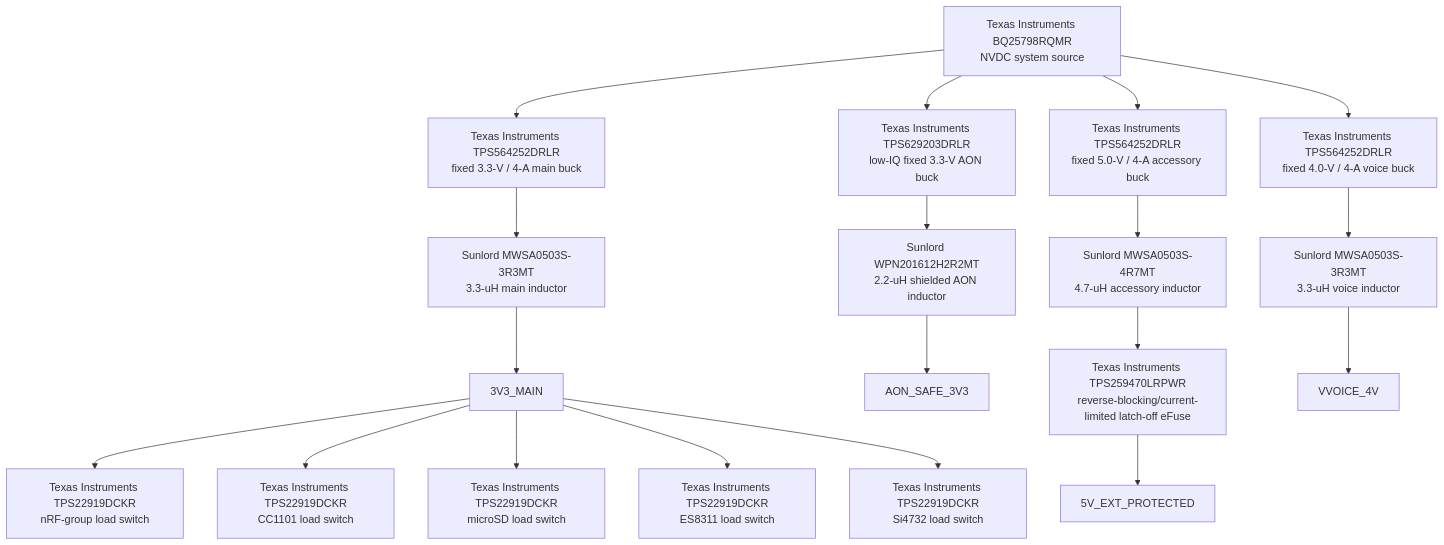
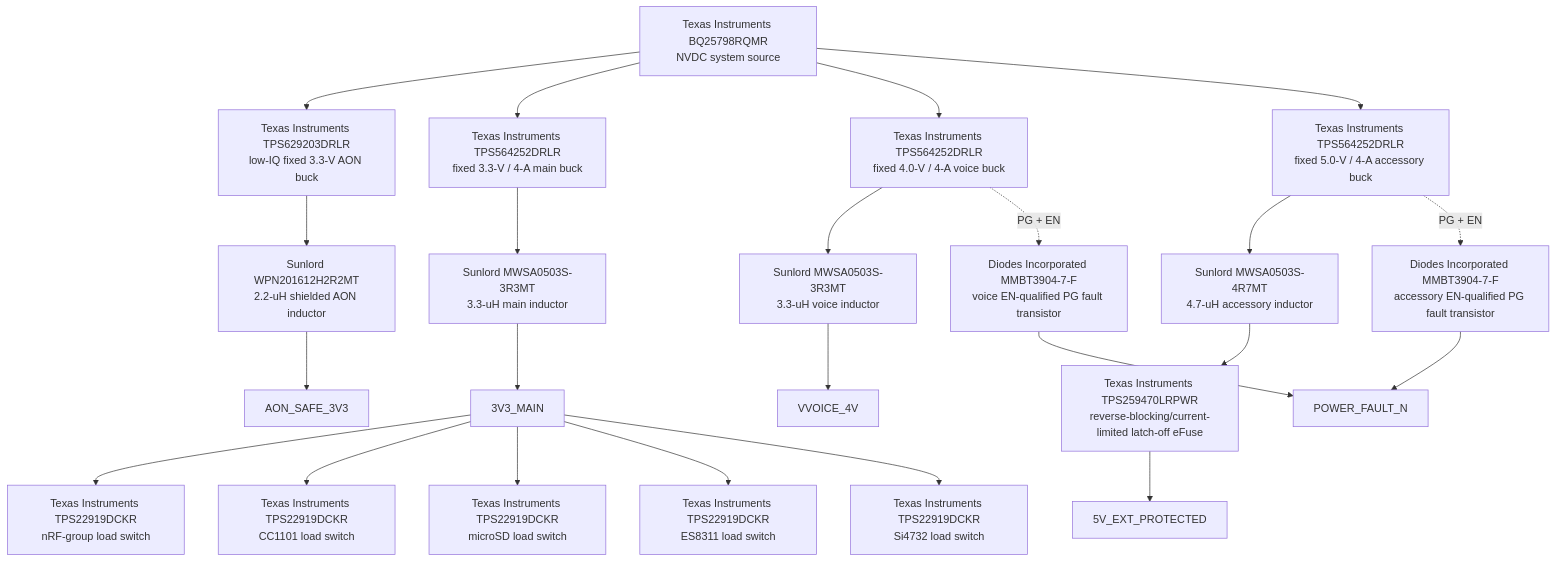
The diagram in docs/review/architecture/PWR-0008-exact-downstream-rail-tree.md (anton-vinogradov/esp32-leshy2), drawn with Mermaid before and after one commit. The commit also changed other lines of this file and 20 other files, not shown here.

````diff
--- a/docs/review/architecture/PWR-0008-exact-downstream-rail-tree.md
+++ b/docs/review/architecture/PWR-0008-exact-downstream-rail-tree.md
@@ -36,28 +37,32 @@
 ```mermaid
 flowchart TD
   SYS["Texas Instruments BQ25798RQMR<br/>NVDC system source"]
   A["Texas Instruments TPS629203DRLR<br/>low-IQ fixed 3.3-V AON buck"]
   LA["Sunlord WPN201612H2R2MT<br/>2.2-uH shielded AON inductor"]
   M["Texas Instruments TPS564252DRLR<br/>fixed 3.3-V / 4-A main buck"]
   LM["Sunlord MWSA0503S-3R3MT<br/>3.3-uH main inductor"]
   V["Texas Instruments TPS564252DRLR<br/>fixed 4.0-V / 4-A voice buck"]
   LV["Sunlord MWSA0503S-3R3MT<br/>3.3-uH voice inductor"]
+  QV["Diodes Incorporated MMBT3904-7-F<br/>voice EN-qualified PG fault transistor"]
   E["Texas Instruments TPS564252DRLR<br/>fixed 5.0-V / 4-A accessory buck"]
   LE["Sunlord MWSA0503S-4R7MT<br/>4.7-uH accessory inductor"]
+  QE["Diodes Incorporated MMBT3904-7-F<br/>accessory EN-qualified PG fault transistor"]
   F["Texas Instruments TPS259470LRPWR<br/>reverse-blocking/current-limited latch-off eFuse"]
   SN["Texas Instruments TPS22919DCKR<br/>nRF-group load switch"]
   SC["Texas Instruments TPS22919DCKR<br/>CC1101 load switch"]
   SS["Texas Instruments TPS22919DCKR<br/>microSD load switch"]
   SA["Texas Instruments TPS22919DCKR<br/>ES8311 load switch"]
   SR["Texas Instruments TPS22919DCKR<br/>Si4732 load switch"]
 
   SYS --> A --> LA --> AON["AON_SAFE_3V3"]
   SYS --> M --> LM --> MAIN["3V3_MAIN"]
   SYS --> V --> LV --> VOICE["VVOICE_4V"]
+  V -.->|"PG + EN"| QV --> FAULT["POWER_FAULT_N"]
   SYS --> E --> LE --> F --> EXT["5V_EXT_PROTECTED"]
+  E -.->|"PG + EN"| QE --> FAULT
   MAIN --> SN
   MAIN --> SC
   MAIN --> SS
   MAIN --> SA
   MAIN --> SR
 ```
````
